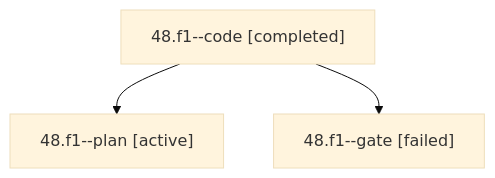
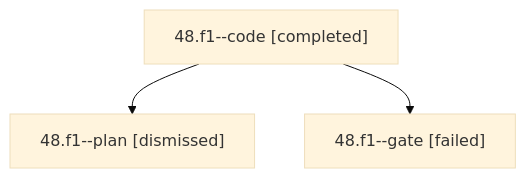
Before and after one commit to bobs-org/bob-cli--agents: the diagram in sessions/bbugyi200.apollo.48.f1.md, drawn with Mermaid (base theme). The commit also changed other lines of this file and 48 other files, not shown here.

````diff
--- a/sessions/bbugyi200.apollo.48.f1.md
+++ b/sessions/bbugyi200.apollo.48.f1.md
@@ -9,8 +9,8 @@
 ```mermaid
 flowchart TD
   n0["48.f1--code [completed]"]
-  n1["48.f1--plan [active]"]
+  n1["48.f1--plan [dismissed]"]
   n0 --> n1
   n2["48.f1--gate [failed]"]
   n0 --> n2
 ```
````
